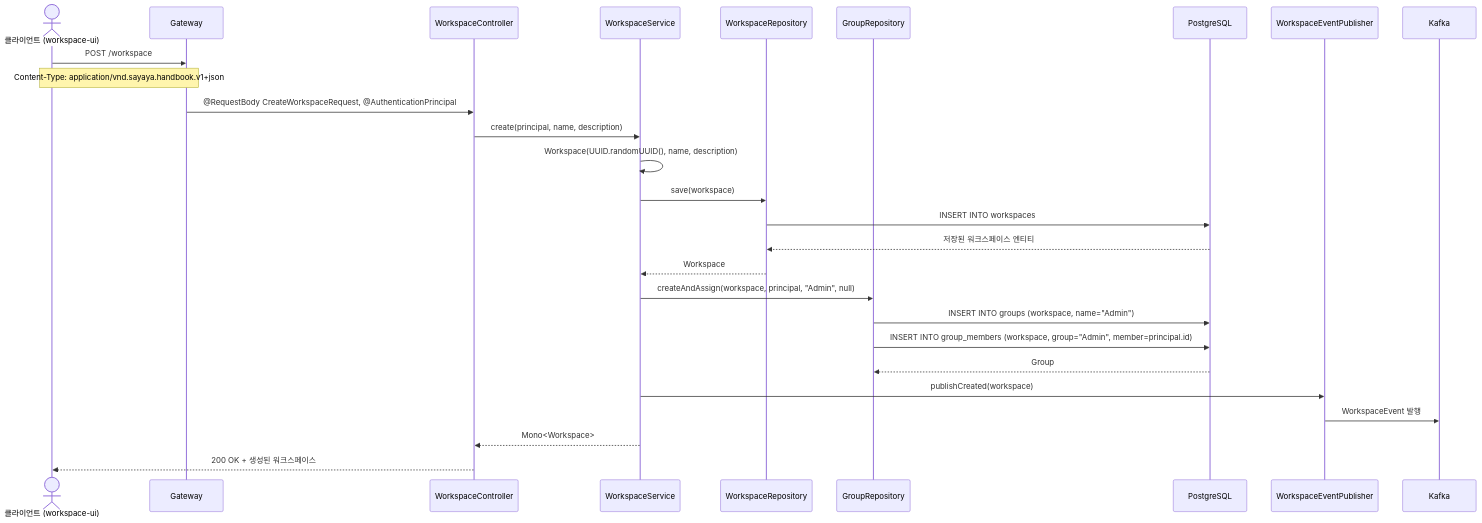
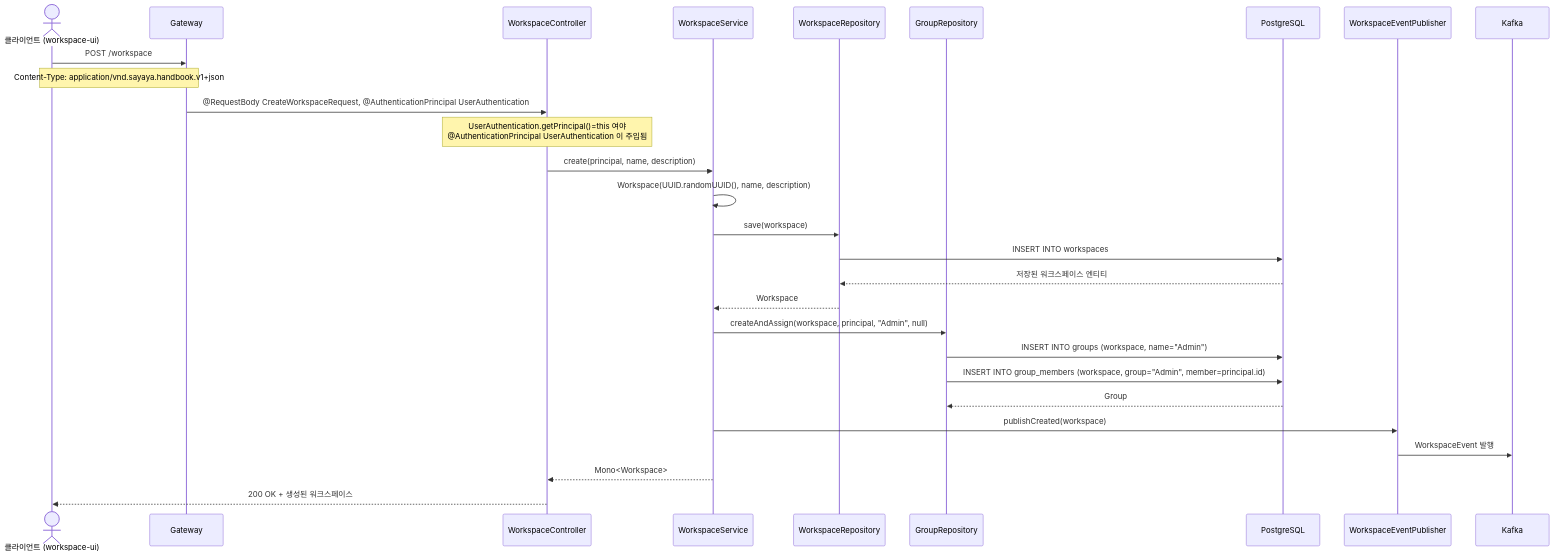
The first of 3 diagrams in persist-workspace/USECASE.md (sayaya1090/handbook), drawn with Mermaid before and after one commit. The commit also changed 7 other files, not shown here.

````diff
--- a/persist-workspace/USECASE.md
+++ b/persist-workspace/USECASE.md
@@ -5,30 +5,31 @@
 ```mermaid
 sequenceDiagram
     actor Client as 클라이언트 (workspace-ui)
     participant GW as Gateway
     participant Ctrl as WorkspaceController
     participant Svc as WorkspaceService
     participant WRepo as WorkspaceRepository
     participant GRepo as GroupRepository
     participant DB as PostgreSQL
     participant Pub as WorkspaceEventPublisher
     participant Kafka as Kafka
 
     Client->>GW: POST /workspace
     Note over Client,GW: Content-Type: application/vnd.sayaya.handbook.v1+json
-    GW->>Ctrl: @RequestBody CreateWorkspaceRequest, @AuthenticationPrincipal
+    GW->>Ctrl: @RequestBody CreateWorkspaceRequest, @AuthenticationPrincipal UserAuthentication
+    Note over Ctrl: UserAuthentication.getPrincipal()=this 여야<br/>@AuthenticationPrincipal UserAuthentication 이 주입됨
     Ctrl->>Svc: create(principal, name, description)
     Svc->>Svc: Workspace(UUID.randomUUID(), name, description)
     Svc->>WRepo: save(workspace)
     WRepo->>DB: INSERT INTO workspaces
     DB-->>WRepo: 저장된 워크스페이스 엔티티
     WRepo-->>Svc: Workspace
     Svc->>GRepo: createAndAssign(workspace, principal, "Admin", null)
     GRepo->>DB: INSERT INTO groups (workspace, name="Admin")
     GRepo->>DB: INSERT INTO group_members (workspace, group="Admin", member=principal.id)
     DB-->>GRepo: Group
     Svc->>Pub: publishCreated(workspace)
     Pub->>Kafka: WorkspaceEvent 발행
     Svc-->>Ctrl: Mono<Workspace>
     Ctrl-->>Client: 200 OK + 생성된 워크스페이스
 ```
````
